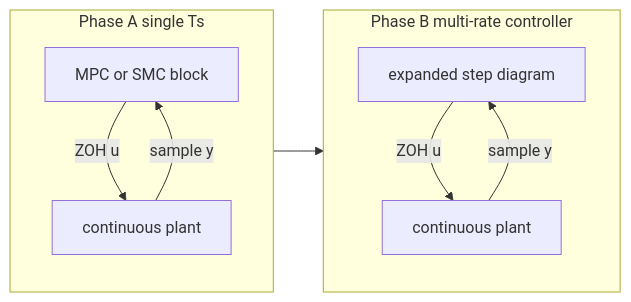
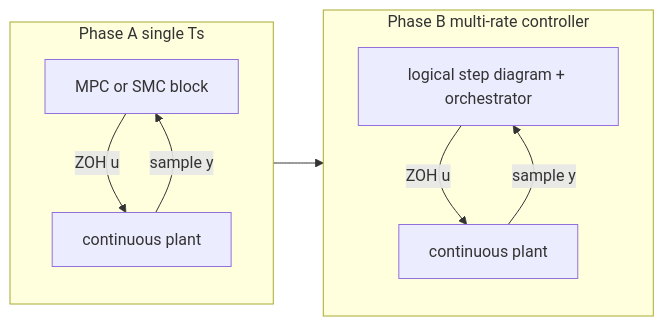
The first of 4 diagrams in docs/plans/hybrid-discrete-simulation.md (alx87grd/minilink), drawn with Mermaid before and after one commit. The commit also changed other lines of this file and 1 other file, not shown here.

First line of the commit message:
docs: Phase B multi-rate via orchestrator buffers (expansion optional)

````diff
--- a/docs/plans/hybrid-discrete-simulation.md
+++ b/docs/plans/hybrid-discrete-simulation.md
@@ -213,18 +257,18 @@
 ```mermaid
 flowchart LR
     subgraph phaseA [Phase A single Ts]
         C1[MPC or SMC block]
         P1[continuous plant]
         C1 -->|ZOH u| P1
         P1 -->|sample y| C1
     end
 
     subgraph phaseB [Phase B multi-rate controller]
-        C2[expanded step diagram]
+        C2[logical step diagram + orchestrator]
         P2[continuous plant]
         C2 -->|ZOH u| P2
         P2 -->|sample y| C2
     end
 
     phaseA --> phaseB
 ```
````
